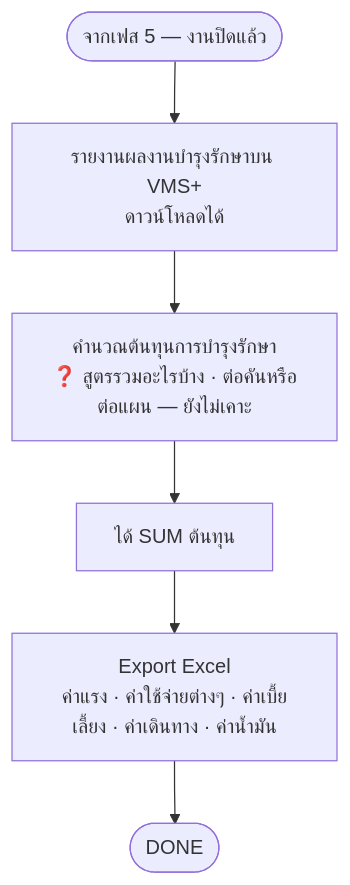
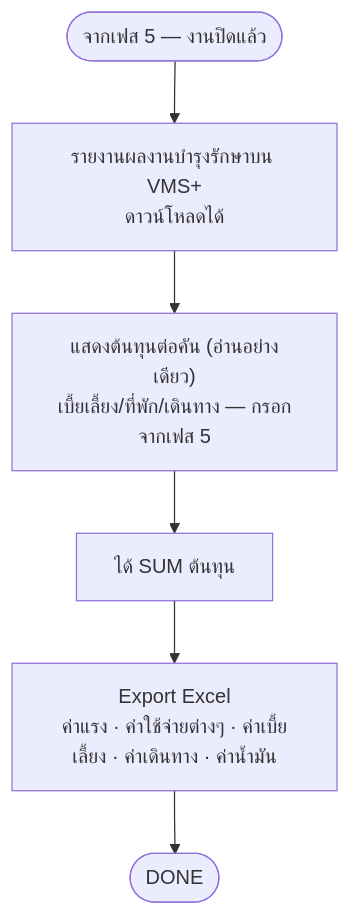
Before and after one commit to anugmail/Maintenance-Request-Form: the diagram in Diagram/01-บำรุงรักษาตามวาระ/06-เฟส5-คำนวณต้นทุน.md, drawn with Mermaid. The commit also changed other lines of this file and 13 other files, not shown here.

````diff
--- a/Diagram/01-บำรุงรักษาตามวาระ/06-เฟส5-คำนวณต้นทุน.md
+++ b/Diagram/01-บำรุงรักษาตามวาระ/06-เฟส5-คำนวณต้นทุน.md
@@ -22,8 +26,8 @@
 ```mermaid
 flowchart TB
     S([จากเฟส 5 — งานปิดแล้ว]) --> A[รายงานผลงานบำรุงรักษาบน VMS+<br/>ดาวน์โหลดได้]
-    A --> B["คำนวณต้นทุนการบำรุงรักษา<br/>❓ สูตรรวมอะไรบ้าง · ต่อคันหรือต่อแผน — ยังไม่เคาะ"]
+    A --> B["แสดงต้นทุนต่อคัน (อ่านอย่างเดียว)<br/>เบี้ยเลี้ยง/ที่พัก/เดินทาง — กรอกจากเฟส 5"]
     B --> C[ได้ SUM ต้นทุน]
     C --> D[Export Excel<br/>ค่าแรง · ค่าใช้จ่ายต่างๆ · ค่าเบี้ยเลี้ยง · ค่าเดินทาง · ค่าน้ำมัน]
     D --> E([DONE])
 ```
````
